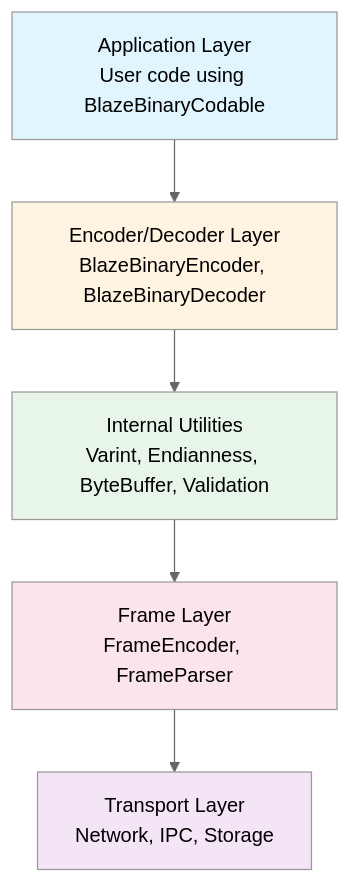
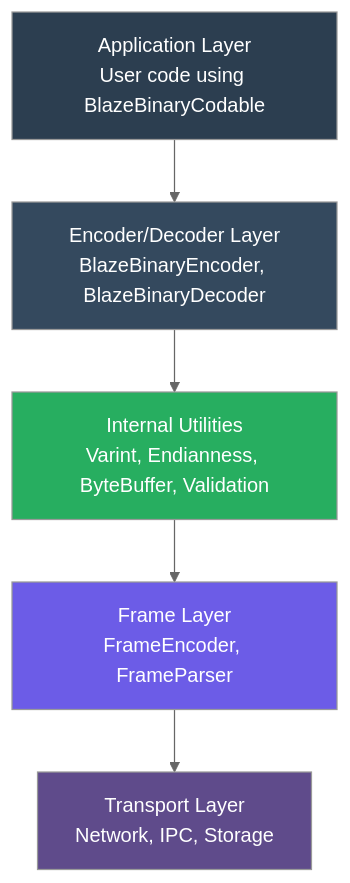
Before and after one commit to Mikedan37/BlazeBinary: the first of 8 diagrams in Docs/ARCHITECTURE.md, drawn with Mermaid (neutral theme). The commit also changed other lines of this file and 11 other files, not shown here.

First line of the commit message:
Improve Mermaid diagrams and code display formatting

````diff
--- a/Docs/ARCHITECTURE.md
+++ b/Docs/ARCHITECTURE.md
@@ -13,13 +13,13 @@
 ```mermaid
 graph TD
     A[Application Layer<br/>User code using BlazeBinaryCodable] --> B[Encoder/Decoder Layer<br/>BlazeBinaryEncoder, BlazeBinaryDecoder]
     B --> C[Internal Utilities<br/>Varint, Endianness, ByteBuffer, Validation]
     C --> D[Frame Layer<br/>FrameEncoder, FrameParser]
     D --> E[Transport Layer<br/>Network, IPC, Storage]
     
-    style A fill:#e1f5ff
-    style B fill:#fff4e1
-    style C fill:#e8f5e9
-    style D fill:#fce4ec
-    style E fill:#f3e5f5
+    style A fill:#2c3e50,color:#ffffff
+    style B fill:#34495e,color:#ffffff
+    style C fill:#27ae60,color:#ffffff
+    style D fill:#6c5ce7,color:#ffffff
+    style E fill:#5f4b8b,color:#ffffff
 ```
````
